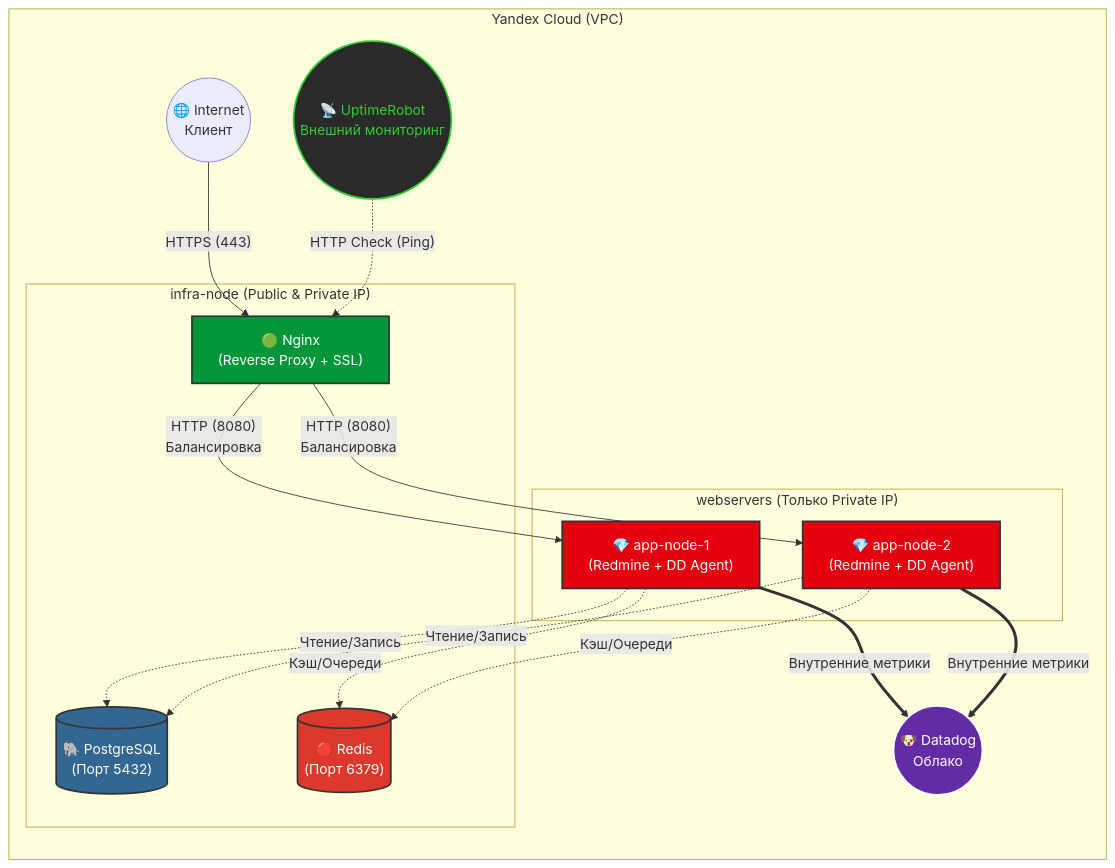
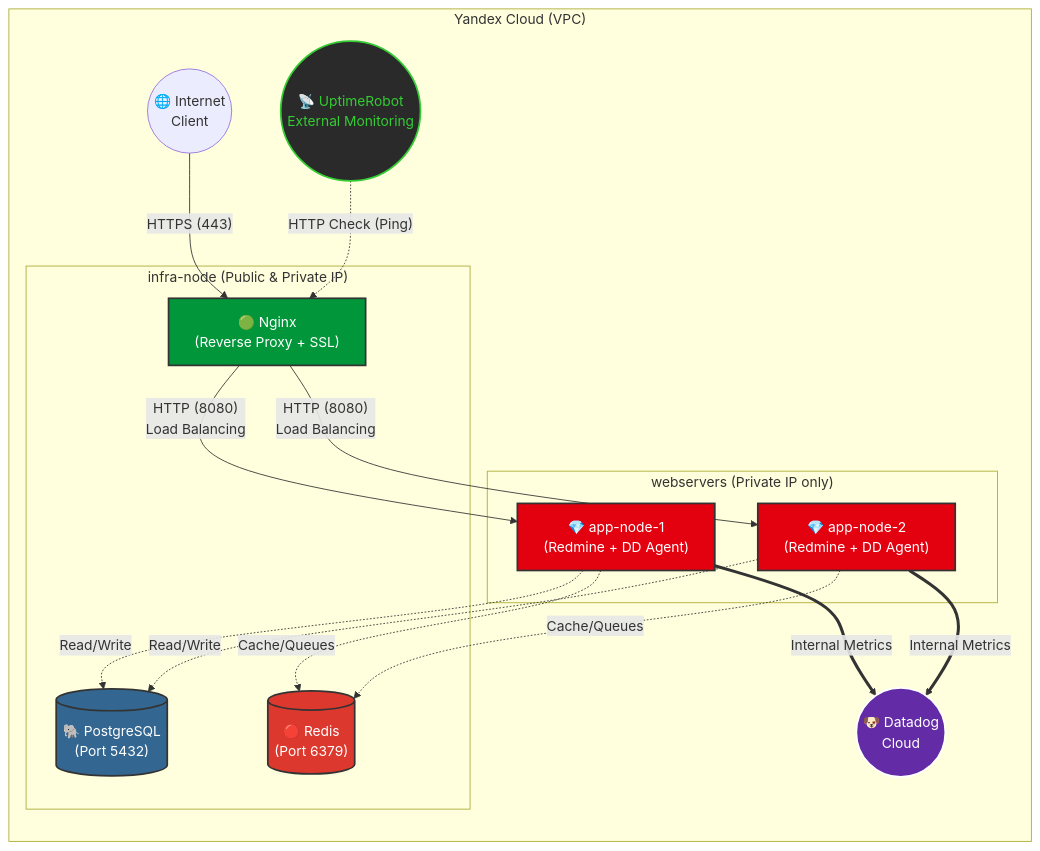
One commit to dobro10k2/devops-engineer-from-scratch-project-77 changed the diagram in README.md. Above: the diagram before and after it, drawn with Mermaid. The commit also changed other lines of this file, not shown here.

````diff
--- a/README.md
+++ b/README.md
@@ -164,46 +164,46 @@
 ```mermaid
 graph LR
-    %% Определение узлов
-    Client((🌐 Internet<br>Клиент))
-    Upmon((📡 UptimeRobot<br>Внешний мониторинг))
-    DD((🐶 Datadog<br>Облако))
+    %% Node Definitions
+    Client((🌐 Internet<br>Client))
+    Upmon((📡 UptimeRobot<br>External Monitoring))
+    DD((🐶 Datadog<br>Cloud))
 
     subgraph "Yandex Cloud (VPC)"
 
         subgraph "infra-node (Public & Private IP)"
             Nginx["🟢 Nginx<br>(Reverse Proxy + SSL)"]
-            DB[("🐘 PostgreSQL<br>(Порт 5432)")]
-            Cache[("🔴 Redis<br>(Порт 6379)")]
+            DB[("🐘 PostgreSQL<br>(Port 5432)")]
+            Cache[("🔴 Redis<br>(Port 6379)")]
         end
 
-        subgraph "webservers (Только Private IP)"
+        subgraph "webservers (Private IP only)"
             App1["💎 app-node-1<br>(Redmine + DD Agent)"]
             App2["💎 app-node-2<br>(Redmine + DD Agent)"]
         end
 
-        %% Связи (Трафик)
+        %% Links (Traffic)
         Client -- "HTTPS (443)" --> Nginx
         Upmon -. "HTTP Check (Ping)" .-> Nginx
 
-        Nginx -- "HTTP (8080)<br>Балансировка" --> App1
-        Nginx -- "HTTP (8080)<br>Балансировка" --> App2
+        Nginx -- "HTTP (8080)<br>Load Balancing" --> App1
+        Nginx -- "HTTP (8080)<br>Load Balancing" --> App2
 
-        App1 -. "Чтение/Запись" .-> DB
-        App2 -. "Чтение/Запись" .-> DB
+        App1 -. "Read/Write" .-> DB
+        App2 -. "Read/Write" .-> DB
 
-        App1 -. "Кэш/Очереди" .-> Cache
-        App2 -. "Кэш/Очереди" .-> Cache
+        App1 -. "Cache/Queues" .-> Cache
+        App2 -. "Cache/Queues" .-> Cache
 
-        App1 == "Внутренние метрики" ==> DD
-        App2 == "Внутренние метрики" ==> DD
+        App1 == "Internal Metrics" ==> DD
+        App2 == "Internal Metrics" ==> DD
     end
 
-    %% Стилизация цветов
+    %% Color Styling
     style Nginx fill:#009639,color:#fff,stroke:#333,stroke-width:2px
     style DB fill:#336791,color:#fff,stroke:#333,stroke-width:2px
     style Cache fill:#dc382d,color:#fff,stroke:#333,stroke-width:2px
     style App1 fill:#e3000f,color:#fff,stroke:#333,stroke-width:2px
     style App2 fill:#e3000f,color:#fff,stroke:#333,stroke-width:2px
     style Upmon fill:#2a2a2a,color:#33cc33,stroke:#33cc33,stroke-width:2px
     style DD fill:#632ca6,color:#fff,stroke:#fff,stroke-width:2px
 ```
````
